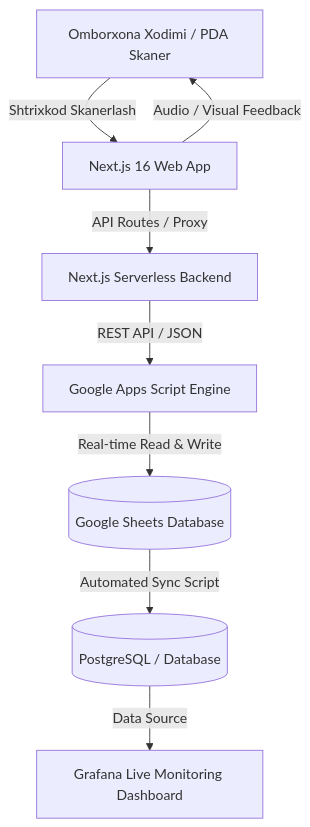
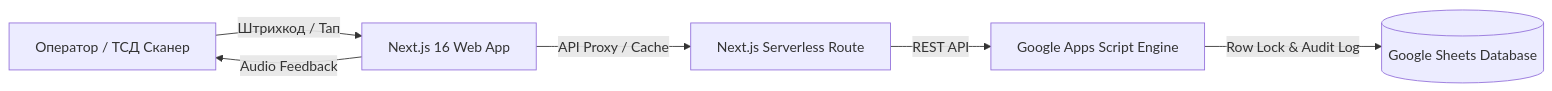
Before and after one commit to theanvarow/Minni-app-for-Werehose-: the diagram in README.md, drawn with Mermaid. The commit also changed other lines of this file and 12 other files, not shown here.

````diff
--- a/README.md
+++ b/README.md
@@ -82,10 +94,8 @@
 ```mermaid
-graph TD
-    A[Omborxona Xodimi / PDA Skaner] -->|Shtrixkod Skanerlash| B[Next.js 16 Web App]
-    B -->|Audio / Visual Feedback| A
-    B -->|API Routes / Proxy| C[Next.js Serverless Backend]
-    C -->|REST API / JSON| D[Google Apps Script Engine]
-    D -->|Real-time Read & Write| E[(Google Sheets Database)]
-    E -->|Automated Sync Script| F[(PostgreSQL / Database)]
-    F -->|Data Source| G[Grafana Live Monitoring Dashboard]
+graph LR
+    A[Оператор / ТСД Сканер] -->|Штрихкод / Тап| B[Next.js 16 Web App]
+    B -->|Audio Feedback| A
+    B -->|API Proxy / Cache| C[Next.js Serverless Route]
+    C -->|REST API| D[Google Apps Script Engine]
+    D -->|Row Lock & Audit Log| E[(Google Sheets Database)]
 ```
````
